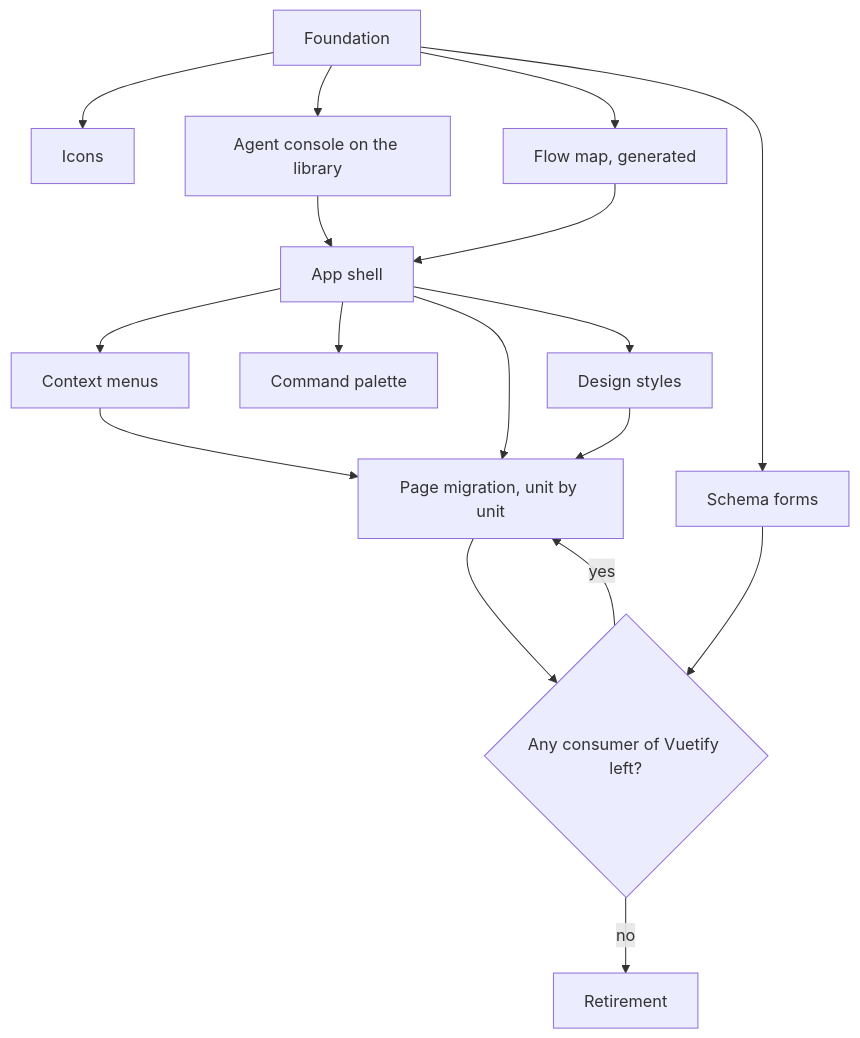
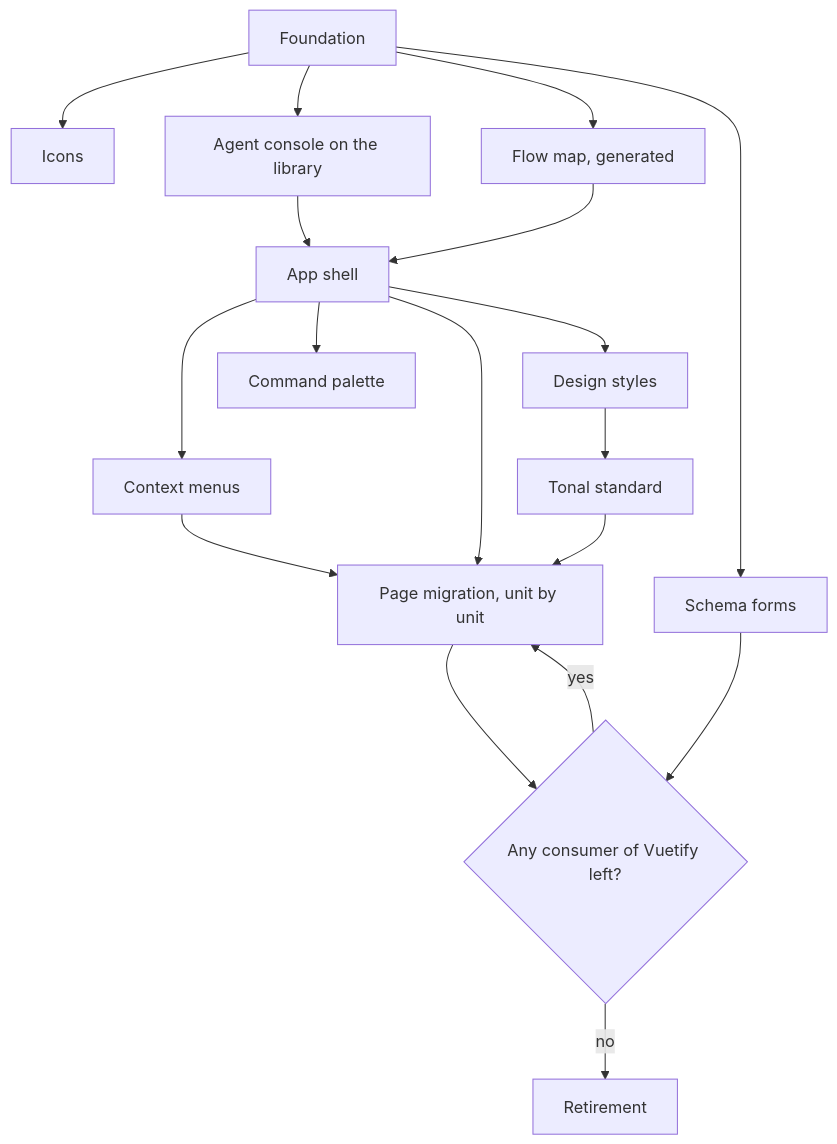
Before and after one commit to Esposter/Esposter: the second of 2 diagrams in apps/web/content/docs/proposals/refactors/ui-library/index.md, drawn with Mermaid. The commit also changed other lines of this file and 3 other files, not shown here.

First line of the commit message:
docs(ui): propose the tonal standard, ahead of the page migration's remaining units

````diff
--- a/apps/web/content/docs/proposals/refactors/ui-library/index.md
+++ b/apps/web/content/docs/proposals/refactors/ui-library/index.md
@@ -64,19 +65,20 @@
 ```mermaid
 flowchart TD
   S0[Foundation] --> S1[Icons]
   S0 --> S2[Agent console on the library]
   S0 --> FM[Flow map, generated]
   FM --> S3
   S2 --> S3[App shell]
   S3 --> S4[Context menus]
   S3 --> S5[Command palette]
   S3 --> S6[Page migration, unit by unit]
   S4 --> S6
   S6 --> G{Any consumer of Vuetify left?}
   S0 --> S7[Schema forms]
   S3 --> DS[Design styles]
-  DS --> S6
+  DS --> TS[Tonal standard]
+  TS --> S6
   S7 --> G
   G -->|yes| S6
   G -->|no| S8[Retirement]
 ```
````
